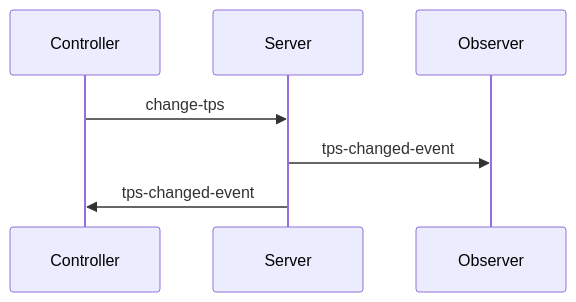
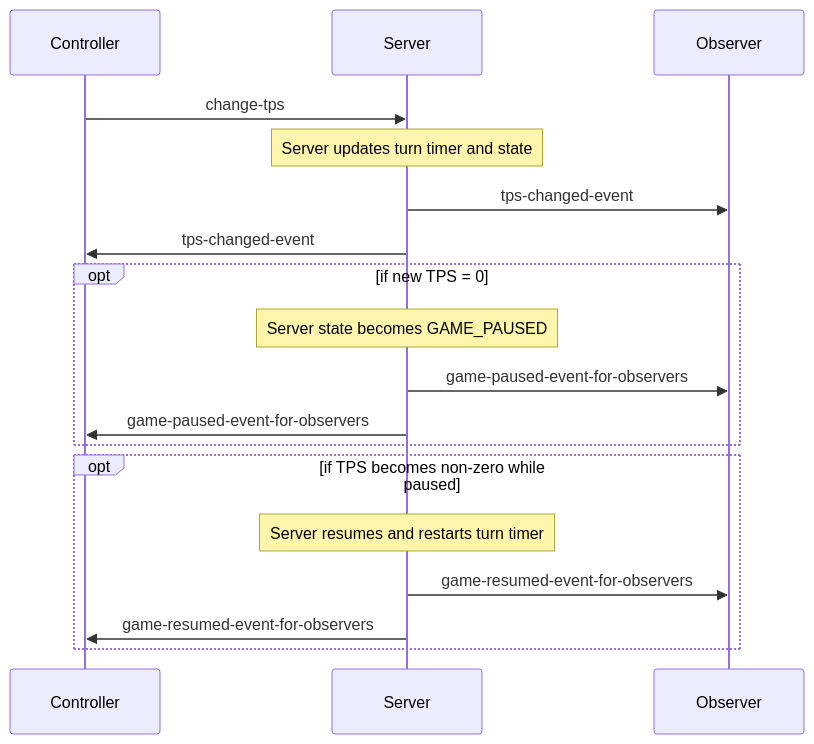
Diagram 12 of 13 in schema/schemas/README.md (robocode-dev/tank-royale), drawn with Mermaid before and after one commit. The commit also changed other lines of this file and 9 other files, not shown here.

````diff
--- a/schema/schemas/README.md
+++ b/schema/schemas/README.md
@@ -291,6 +326,17 @@
 ```mermaid
 sequenceDiagram
-    Controller->>Server: change-tps
-    Server->>Observer: tps-changed-event
-    Server->>Controller: tps-changed-event
+Controller->>Server: change-tps
+Note over Server: Server updates turn timer and state
+Server->>Observer: tps-changed-event
+Server->>Controller: tps-changed-event
+opt if new TPS = 0
+    Note over Server: Server state becomes GAME_PAUSED
+    Server->>Observer: game-paused-event-for-observers
+    Server->>Controller: game-paused-event-for-observers
+end
+opt if TPS becomes non-zero while paused
+    Note over Server: Server resumes and restarts turn timer
+    Server->>Observer: game-resumed-event-for-observers
+    Server->>Controller: game-resumed-event-for-observers
+end
 ```
````
